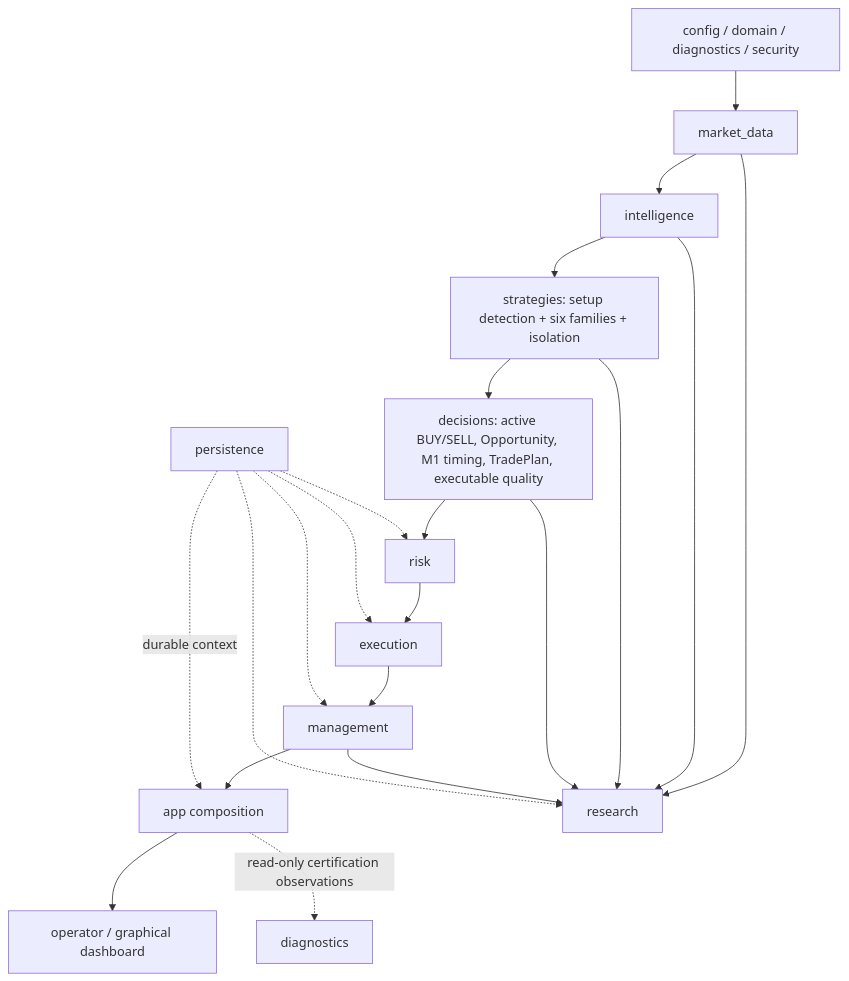
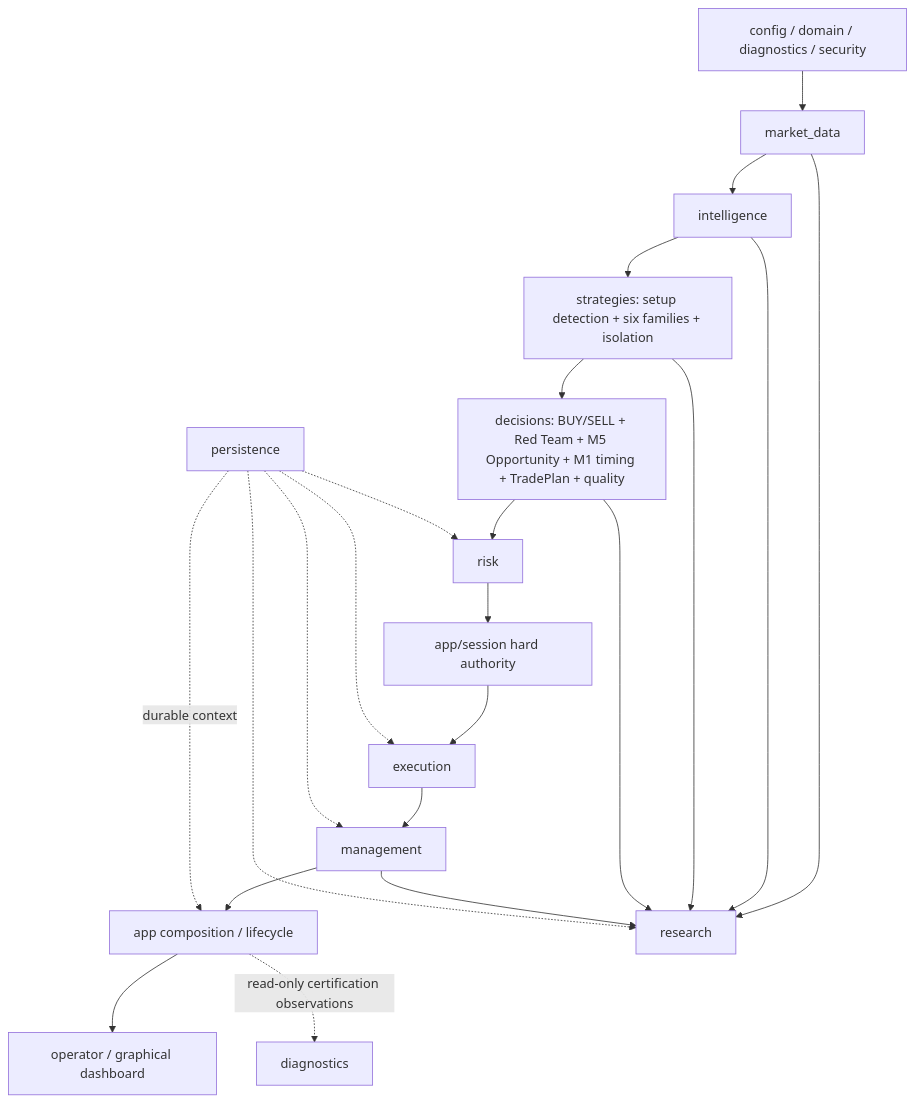
The diagram in Documents/07-engineering/MODULE_STRUCTURE.md (Hatoobachoo/GoldScalpTrader), drawn with Mermaid before and after one commit. The commit also changed other lines of this file and 3 other files, not shown here.

````diff
--- a/Documents/07-engineering/MODULE_STRUCTURE.md
+++ b/Documents/07-engineering/MODULE_STRUCTURE.md
@@ -9,25 +9,26 @@
 ```mermaid
 flowchart TB
     BASE["config / domain / diagnostics / security"] --> DATA["market_data"]
     DATA --> INTEL["intelligence"]
     INTEL --> STRAT["strategies: setup detection + six families + isolation"]
-    STRAT --> DEC["decisions: active BUY/SELL, Opportunity, M1 timing, TradePlan, executable quality"]
+    STRAT --> DEC["decisions: BUY/SELL + Red Team + M5 Opportunity + M1 timing + TradePlan + quality"]
     DEC --> RISK["risk"]
-    RISK --> EXEC["execution"]
+    RISK --> SESSION["app/session hard authority"]
+    SESSION --> EXEC["execution"]
     EXEC --> MGMT["management"]
-    MGMT --> APP["app composition"]
+    MGMT --> APP["app composition / lifecycle"]
     APP --> OP["operator / graphical dashboard"]
 
     DATA --> RESEARCH["research"]
     INTEL --> RESEARCH
     STRAT --> RESEARCH
     DEC --> RESEARCH
     MGMT --> RESEARCH
 
     PERSIST["persistence"] -. "durable context" .-> APP
     PERSIST -.-> RISK
     PERSIST -.-> EXEC
     PERSIST -.-> MGMT
     PERSIST -.-> RESEARCH
     APP -. "read-only certification observations" .-> DIAG["diagnostics"]
 ```
````
